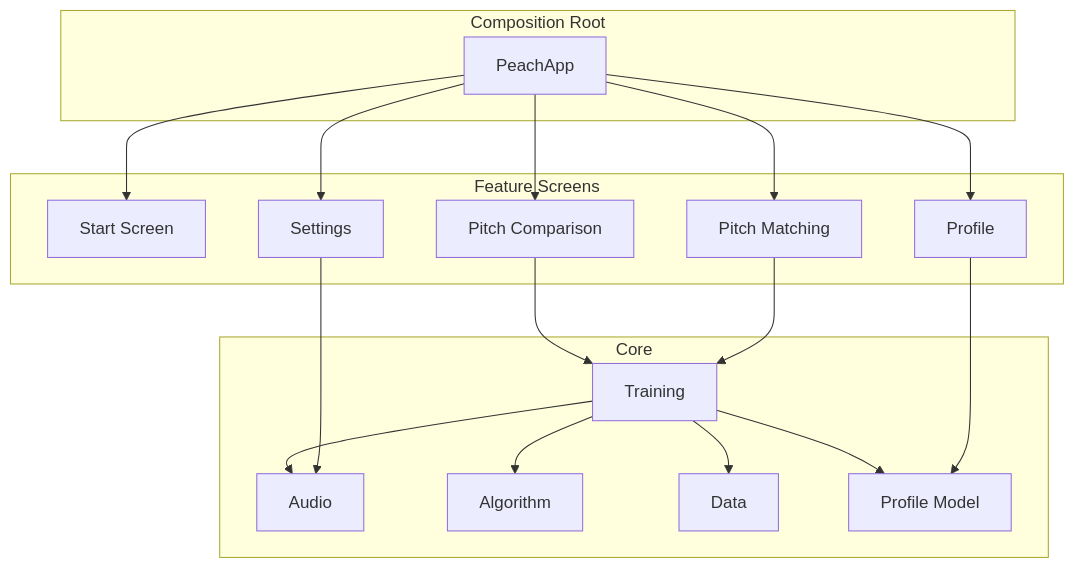
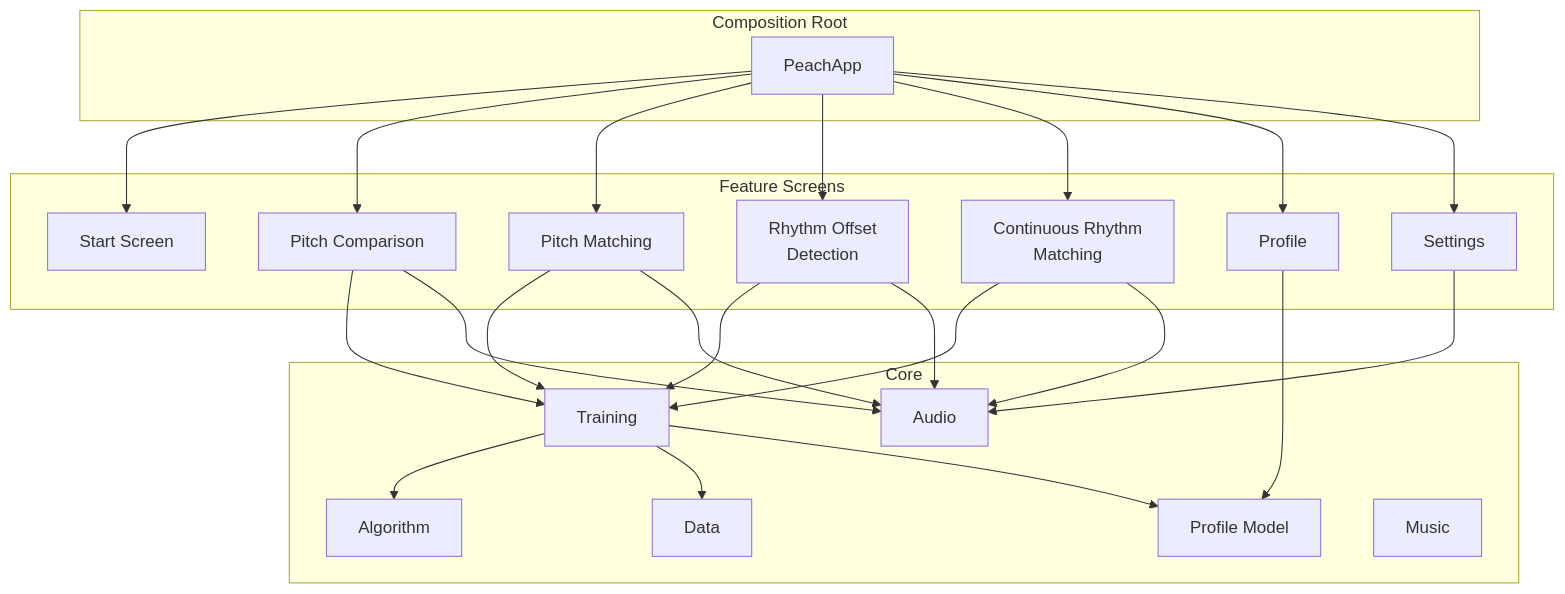
Before and after one commit to mschuerig/peach-ios: the third of 10 diagrams in docs/arc42.md, drawn with Mermaid. The commit also changed other lines of this file, not shown here.

First line of the commit message:
Update arc42 documentation to v2.0 for rhythm training

````diff
--- a/docs/arc42.md
+++ b/docs/arc42.md
@@ -148,28 +162,34 @@
 ```mermaid
 graph TB
     subgraph "Feature Screens"
         Start["Start Screen"]
         PC["Pitch Comparison"]
         PM["Pitch Matching"]
+        ROD["Rhythm Offset<br/>Detection"]
+        CRM["Continuous Rhythm<br/>Matching"]
         Prof["Profile"]
         Set["Settings"]
     end
 
     subgraph "Composition Root"
         App["PeachApp"]
     end
 
     subgraph "Core"
         Audio["Audio"]
         Algorithm["Algorithm"]
         Training["Training"]
         Data["Data"]
         Profile["Profile Model"]
+        Music["Music"]
     end
 
-    App --> Start & PC & PM & Prof & Set
+    App --> Start & PC & PM & ROD & CRM & Prof & Set
     PC & PM --> Training
-    Training --> Audio & Algorithm & Data & Profile
+    ROD & CRM --> Training
+    PC & PM --> Audio
+    ROD & CRM --> Audio
+    Training --> Algorithm & Data & Profile
     Prof --> Profile
     Set --> Audio
 ```
````
